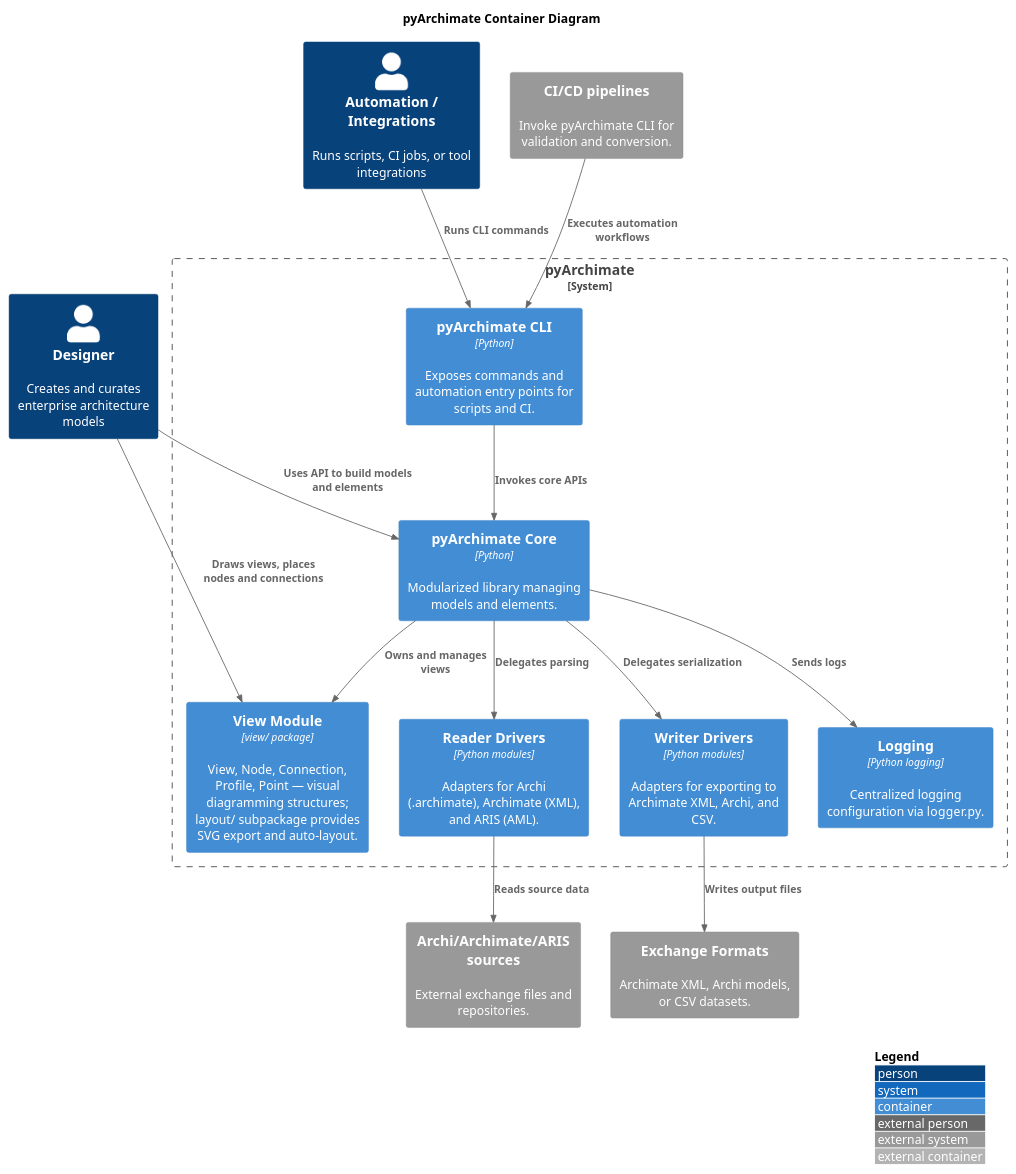
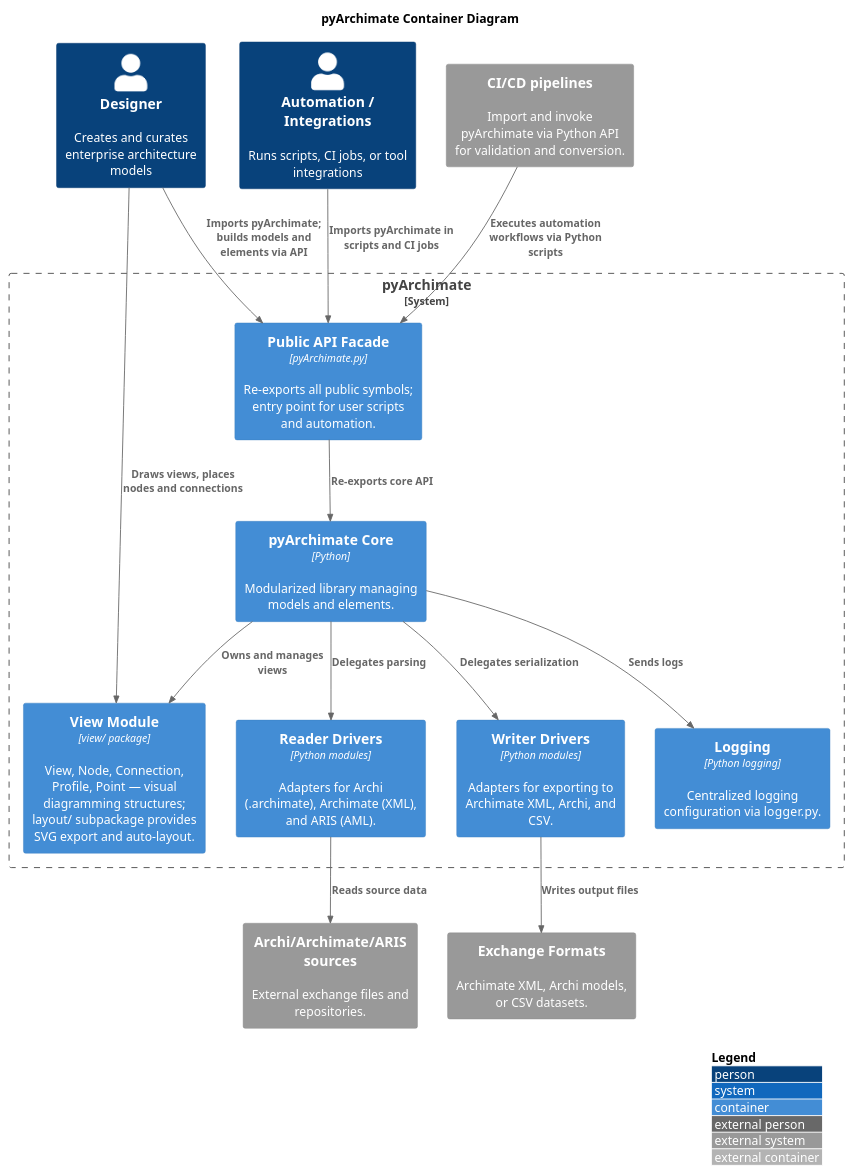
The diagram in docs/diagrams/c4_container.puml (pyArchimate/pyArchimate), drawn with PlantUML before and after one commit. The commit also changed 16 other files, not shown here.

First line of the commit message:
docs: regenerate diagrams, AI.md, and spec docs pre-release

```diff
--- a/docs/diagrams/c4_container.puml
+++ b/docs/diagrams/c4_container.puml
@@ -1,34 +1,34 @@
 @startuml
 !includeurl <C4/C4_Container>
 title pyArchimate Container Diagram
 LAYOUT_WITH_LEGEND()
 
 Person(designer, "Designer", "Creates and curates enterprise architecture models")
 Person(automation, "Automation / Integrations", "Runs scripts, CI jobs, or tool integrations")
 
 System_Boundary(pyArchimateBoundary, "pyArchimate") {
   Container(pyArchimateLib, "pyArchimate Core", "Python", "Modularized library managing models and elements.")
   Container(viewMod, "View Module", "view/ package", "View, Node, Connection, Profile, Point — visual diagramming structures; layout/ subpackage provides SVG export and auto-layout.")
-  Container(cli, "pyArchimate CLI", "Python", "Exposes commands and automation entry points for scripts and CI.")
+  Container(apiFacade, "Public API Facade", "pyArchimate.py", "Re-exports all public symbols; entry point for user scripts and automation.")
   Container(readers, "Reader Drivers", "Python modules", "Adapters for Archi (.archimate), Archimate (XML), and ARIS (AML).")
   Container(writers, "Writer Drivers", "Python modules", "Adapters for exporting to Archimate XML, Archi, and CSV.")
   Container(logger, "Logging", "Python logging", "Centralized logging configuration via logger.py.")
 }
 
 System_Ext(archiFiles, "Archi/Archimate/ARIS sources", "External exchange files and repositories.")
 System_Ext(exportTargets, "Exchange Formats", "Archimate XML, Archi models, or CSV datasets.")
-System_Ext(buildEnv, "CI/CD pipelines", "Invoke pyArchimate CLI for validation and conversion.")
+System_Ext(buildEnv, "CI/CD pipelines", "Import and invoke pyArchimate via Python API for validation and conversion.")
 
-Rel(designer, pyArchimateLib, "Uses API to build models and elements")
+Rel(designer, apiFacade, "Imports pyArchimate; builds models and elements via API")
 Rel(designer, viewMod, "Draws views, places nodes and connections")
-Rel(automation, cli, "Runs CLI commands")
-Rel(cli, pyArchimateLib, "Invokes core APIs")
+Rel(automation, apiFacade, "Imports pyArchimate in scripts and CI jobs")
+Rel(apiFacade, pyArchimateLib, "Re-exports core API")
 Rel(pyArchimateLib, viewMod, "Owns and manages views")
 Rel(pyArchimateLib, readers, "Delegates parsing")
 Rel(pyArchimateLib, writers, "Delegates serialization")
 Rel(pyArchimateLib, logger, "Sends logs")
 Rel(readers, archiFiles, "Reads source data")
 Rel(writers, exportTargets, "Writes output files")
-Rel(buildEnv, cli, "Executes automation workflows")
+Rel(buildEnv, apiFacade, "Executes automation workflows via Python scripts")
 
 @enduml
```
